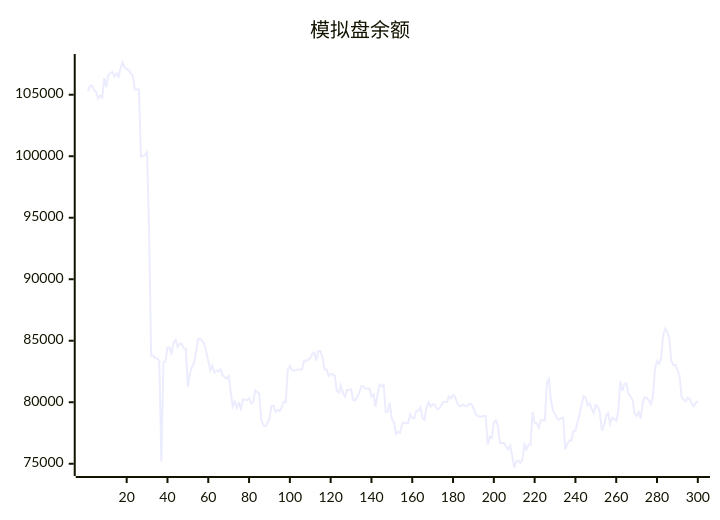
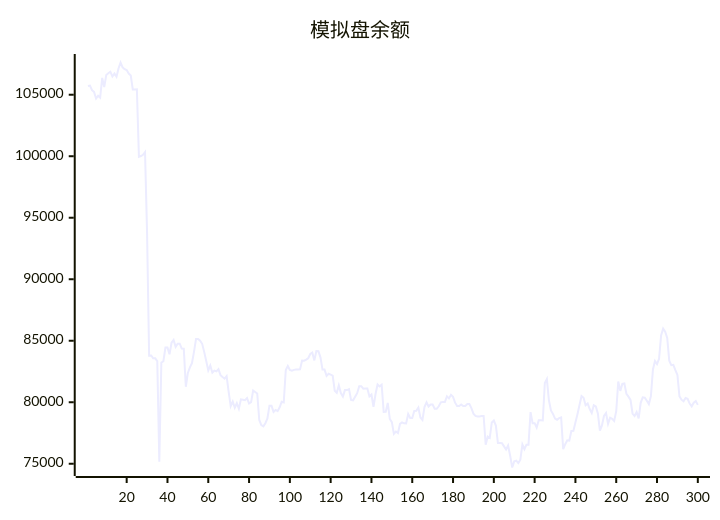
The diagram in README.md (aahl/ai-trading), drawn with Mermaid before and after one commit. The commit also changed other lines of this file and 1 other file, not shown here.

````diff
--- a/README.md
+++ b/README.md
@@ -5,5 +5,5 @@
 ```mermaid
 xychart
     title "模拟盘余额"
-    line [105272,105709,105739,105374,105227,104691,104924,104762,106364,105628,106608,106748,106872,106485,106721,106468,107132,107620,107224,107080,107001,106717,106567,105431,105431,105440,99950,100017,100113,100337,93749,83795,83807,83567,83567,83342,75168,83222,83336,84448,84449,83896,84839,85065,84499,84757,84757,84364,84347,81254,82385,82835,83184,84099,85150,85150,85002,84751,84096,83356,82582,82983,82404,82572,82512,82688,82200,82047,81920,82125,80840,79688,80060,79552,79920,79470,80236,80208,80170,80336,79894,80006,80954,80837,80712,78561,78139,78037,78293,78682,79720,79720,79214,79372,79279,79591,80046,79993,82625,82950,82626,82571,82633,82670,82670,82681,83386,83378,83464,83579,83920,84037,83402,84160,84142,83652,82655,82655,82145,82315,82243,82163,80934,80770,81371,80742,80468,80989,80989,81067,80191,80155,80450,80737,81309,81309,81106,81119,81119,80471,80631,79624,80670,81448,81290,81429,79212,79222,79940,78643,78380,77432,77623,77504,78235,78358,78284,78277,79048,78714,78714,79290,79308,79567,78763,78563,79603,79988,79652,79813,79813,79476,79469,79673,79995,80015,80015,80486,80314,80600,80436,79966,79689,79689,79819,79692,79692,79850,79850,79518,79071,78889,78850,78850,78878,78878,76554,77202,77103,78357,78510,78106,76678,76677,76672,76411,76159,76485,75656,74695,75197,75246,75052,75334,76564,76179,76553,76551,79196,78300,78300,77944,78531,78531,78521,81564,81884,80160,79335,79055,78675,78580,78708,78764,76179,76586,76902,76876,77658,77669,78346,79023,79769,80497,80366,79761,79896,79448,79126,79749,79658,79097,77695,78114,78888,79126,78249,78738,78653,78478,79271,81680,80923,81488,81527,80681,80455,80190,79084,78879,79193,78686,79954,80403,80374,80118,79848,80491,82665,83351,83098,83525,85430,85983,85737,85221,83378,83014,83043,82613,82216,80477,80208,80081,80348,80277,79894,79670,79965,80093]
+    line [105709,105739,105374,105227,104691,104924,104762,106364,105628,106608,106748,106872,106485,106721,106468,107132,107620,107224,107080,107001,106717,106567,105431,105431,105440,99950,100017,100113,100337,93749,83795,83807,83567,83567,83342,75168,83222,83336,84448,84449,83896,84839,85065,84499,84757,84757,84364,84347,81254,82385,82835,83184,84099,85150,85150,85002,84751,84096,83356,82582,82983,82404,82572,82512,82688,82200,82047,81920,82125,80840,79688,80060,79552,79920,79470,80236,80208,80170,80336,79894,80006,80954,80837,80712,78561,78139,78037,78293,78682,79720,79720,79214,79372,79279,79591,80046,79993,82625,82950,82626,82571,82633,82670,82670,82681,83386,83378,83464,83579,83920,84037,83402,84160,84142,83652,82655,82655,82145,82315,82243,82163,80934,80770,81371,80742,80468,80989,80989,81067,80191,80155,80450,80737,81309,81309,81106,81119,81119,80471,80631,79624,80670,81448,81290,81429,79212,79222,79940,78643,78380,77432,77623,77504,78235,78358,78284,78277,79048,78714,78714,79290,79308,79567,78763,78563,79603,79988,79652,79813,79813,79476,79469,79673,79995,80015,80015,80486,80314,80600,80436,79966,79689,79689,79819,79692,79692,79850,79850,79518,79071,78889,78850,78850,78878,78878,76554,77202,77103,78357,78510,78106,76678,76677,76672,76411,76159,76485,75656,74695,75197,75246,75052,75334,76564,76179,76553,76551,79196,78300,78300,77944,78531,78531,78521,81564,81884,80160,79335,79055,78675,78580,78708,78764,76179,76586,76902,76876,77658,77669,78346,79023,79769,80497,80366,79761,79896,79448,79126,79749,79658,79097,77695,78114,78888,79126,78249,78738,78653,78478,79271,81680,80923,81488,81527,80681,80455,80190,79084,78879,79193,78686,79954,80403,80374,80118,79848,80491,82665,83351,83098,83525,85430,85983,85737,85221,83378,83014,83043,82613,82216,80477,80208,80081,80348,80277,79894,79670,79965,80093,79786]
 ```
````
